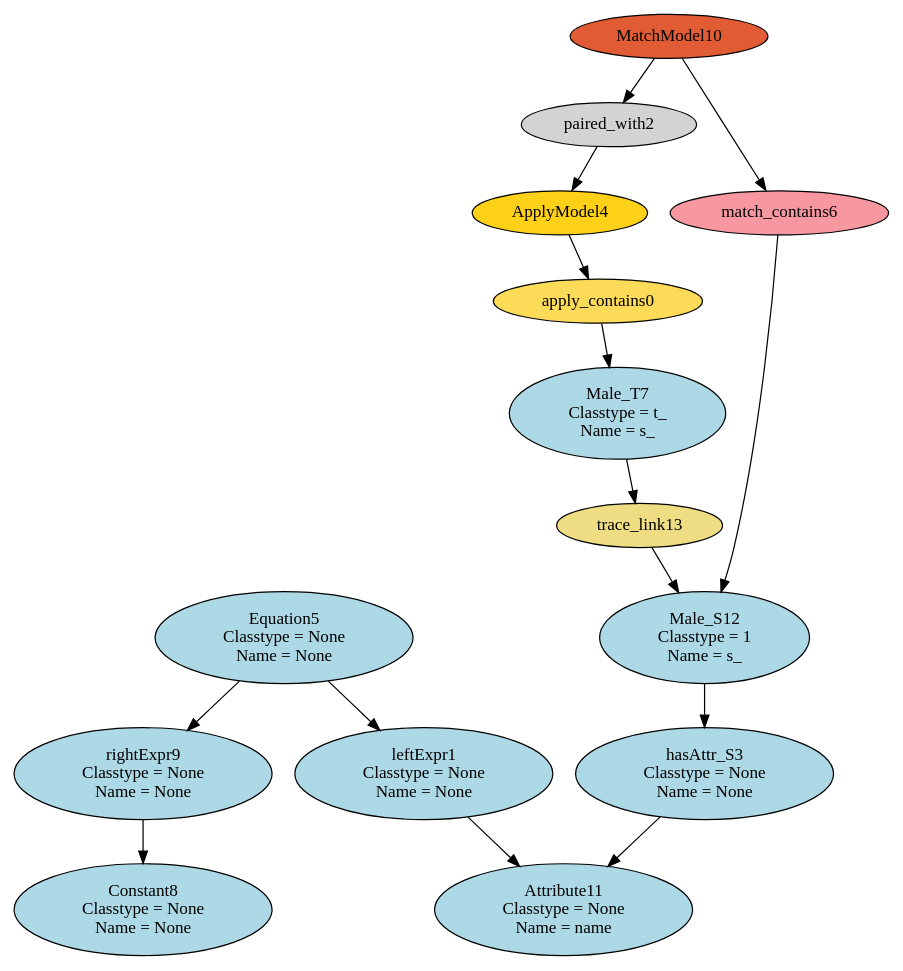
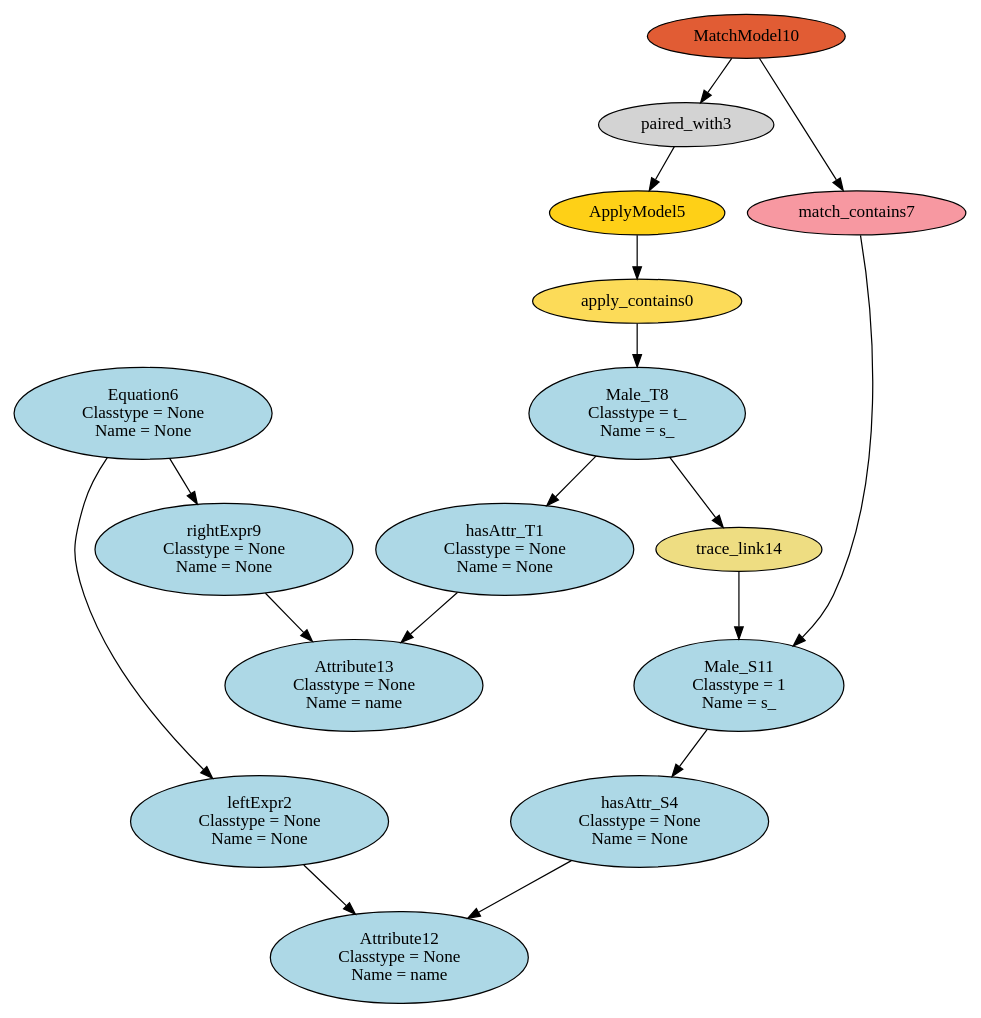
The diagram in dot/HEmptyPathCondition_HM2M.dot (levilucio/SyVOLT), drawn with Graphviz before and after one commit. The commit also changed 20 other files, not shown here.

```diff
--- a/dot/HEmptyPathCondition_HM2M.dot
+++ b/dot/HEmptyPathCondition_HM2M.dot
@@ -1,30 +1,33 @@
 digraph HEmptyPathCondition_HM2M {
 apply_contains0 [style=filled, fillcolor="#FCDB58"];
-"leftExpr1\n Classtype = None\n Name = None" [style=filled, fillcolor=lightblue];
-paired_with2 [style=filled, fillcolor=lightgray];
-"hasAttr_S3\n Classtype = None\n Name = None" [style=filled, fillcolor=lightblue];
-ApplyModel4 [style=filled, fillcolor="#FED017"];
-"Equation5\n Classtype = None\n Name = None" [style=filled, fillcolor=lightblue];
-match_contains6 [style=filled, fillcolor="#F798A1"];
-"Male_T7\n Classtype = t_\n Name = s_" [style=filled, fillcolor=lightblue];
-"Constant8\n Classtype = None\n Name = None" [style=filled, fillcolor=lightblue];
+"hasAttr_T1\n Classtype = None\n Name = None" [style=filled, fillcolor=lightblue];
+"leftExpr2\n Classtype = None\n Name = None" [style=filled, fillcolor=lightblue];
+paired_with3 [style=filled, fillcolor=lightgray];
+"hasAttr_S4\n Classtype = None\n Name = None" [style=filled, fillcolor=lightblue];
+ApplyModel5 [style=filled, fillcolor="#FED017"];
+"Equation6\n Classtype = None\n Name = None" [style=filled, fillcolor=lightblue];
+match_contains7 [style=filled, fillcolor="#F798A1"];
+"Male_T8\n Classtype = t_\n Name = s_" [style=filled, fillcolor=lightblue];
 "rightExpr9\n Classtype = None\n Name = None" [style=filled, fillcolor=lightblue];
 MatchModel10 [style=filled, fillcolor="#E15C34"];
-"Attribute11\n Classtype = None\n Name = name" [style=filled, fillcolor=lightblue];
-"Male_S12\n Classtype = 1\n Name = s_" [style=filled, fillcolor=lightblue];
-trace_link13 [style=filled, fillcolor=lightgoldenrod];
-ApplyModel4 -> apply_contains0;
-apply_contains0 -> "Male_T7\n Classtype = t_\n Name = s_";
-"Equation5\n Classtype = None\n Name = None" -> "leftExpr1\n Classtype = None\n Name = None";
-"leftExpr1\n Classtype = None\n Name = None" -> "Attribute11\n Classtype = None\n Name = name";
-MatchModel10 -> paired_with2;
-paired_with2 -> ApplyModel4;
-"Male_S12\n Classtype = 1\n Name = s_" -> "hasAttr_S3\n Classtype = None\n Name = None";
-"hasAttr_S3\n Classtype = None\n Name = None" -> "Attribute11\n Classtype = None\n Name = name";
-"Equation5\n Classtype = None\n Name = None" -> "rightExpr9\n Classtype = None\n Name = None";
-MatchModel10 -> match_contains6;
-match_contains6 -> "Male_S12\n Classtype = 1\n Name = s_";
-"rightExpr9\n Classtype = None\n Name = None" -> "Constant8\n Classtype = None\n Name = None";
-trace_link13 -> "Male_S12\n Classtype = 1\n Name = s_";
-"Male_T7\n Classtype = t_\n Name = s_" -> trace_link13;
+"Male_S11\n Classtype = 1\n Name = s_" [style=filled, fillcolor=lightblue];
+"Attribute12\n Classtype = None\n Name = name" [style=filled, fillcolor=lightblue];
+"Attribute13\n Classtype = None\n Name = name" [style=filled, fillcolor=lightblue];
+trace_link14 [style=filled, fillcolor=lightgoldenrod];
+ApplyModel5 -> apply_contains0;
+apply_contains0 -> "Male_T8\n Classtype = t_\n Name = s_";
+"Male_T8\n Classtype = t_\n Name = s_" -> "hasAttr_T1\n Classtype = None\n Name = None";
+"hasAttr_T1\n Classtype = None\n Name = None" -> "Attribute13\n Classtype = None\n Name = name";
+"Equation6\n Classtype = None\n Name = None" -> "leftExpr2\n Classtype = None\n Name = None";
+"leftExpr2\n Classtype = None\n Name = None" -> "Attribute12\n Classtype = None\n Name = name";
+MatchModel10 -> paired_with3;
+paired_with3 -> ApplyModel5;
+"Male_S11\n Classtype = 1\n Name = s_" -> "hasAttr_S4\n Classtype = None\n Name = None";
+"hasAttr_S4\n Classtype = None\n Name = None" -> "Attribute12\n Classtype = None\n Name = name";
+"Equation6\n Classtype = None\n Name = None" -> "rightExpr9\n Classtype = None\n Name = None";
+MatchModel10 -> match_contains7;
+match_contains7 -> "Male_S11\n Classtype = 1\n Name = s_";
+"rightExpr9\n Classtype = None\n Name = None" -> "Attribute13\n Classtype = None\n Name = name";
+trace_link14 -> "Male_S11\n Classtype = 1\n Name = s_";
+"Male_T8\n Classtype = t_\n Name = s_" -> trace_link14;
 }
```
